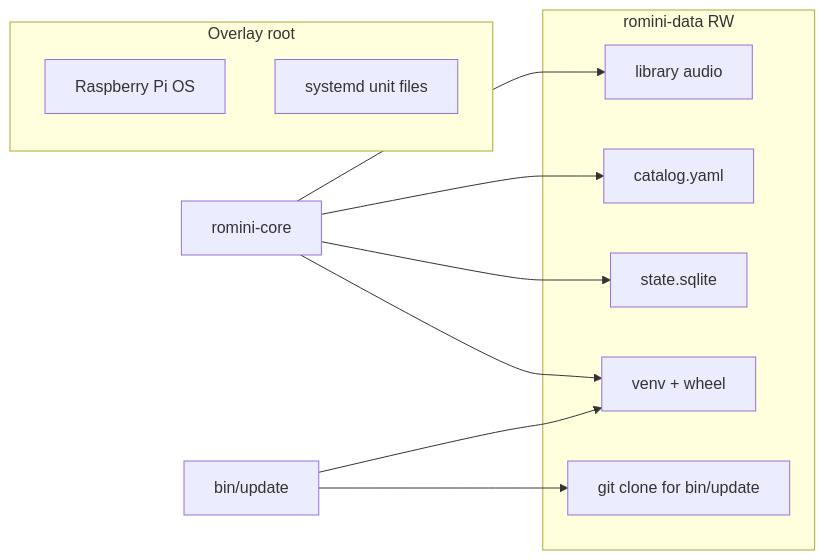
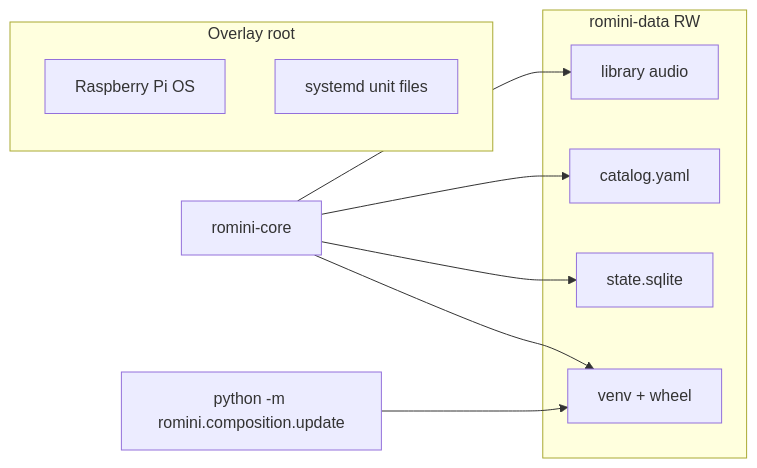
Before and after one commit to mzworthington/RoMini: the diagram in docs/ADRs/0003-overlayfs-writable-library.md, drawn with Mermaid. The commit also changed other lines of this file and 10 other files, not shown here.

Commit message:
feat(pi): install from GitHub Release wheel without a clone

````diff
--- a/docs/ADRs/0003-overlayfs-writable-library.md
+++ b/docs/ADRs/0003-overlayfs-writable-library.md
@@ -40,20 +40,18 @@
 ```mermaid
 flowchart LR
   subgraph overlay ["Overlay root"]
     os["Raspberry Pi OS"]
     units["systemd unit files"]
   end
   subgraph data ["romini-data RW"]
     lib["library audio"]
     catalog["catalog.yaml"]
     db["state.sqlite"]
     venv["venv + wheel"]
-    clone["git clone for bin/update"]
   end
   core["romini-core"] --> db
   core --> catalog
   core --> lib
   core --> venv
-  upd["bin/update"] --> venv
-  upd --> clone
+  upd["python -m romini.composition.update"] --> venv
 ```
````
